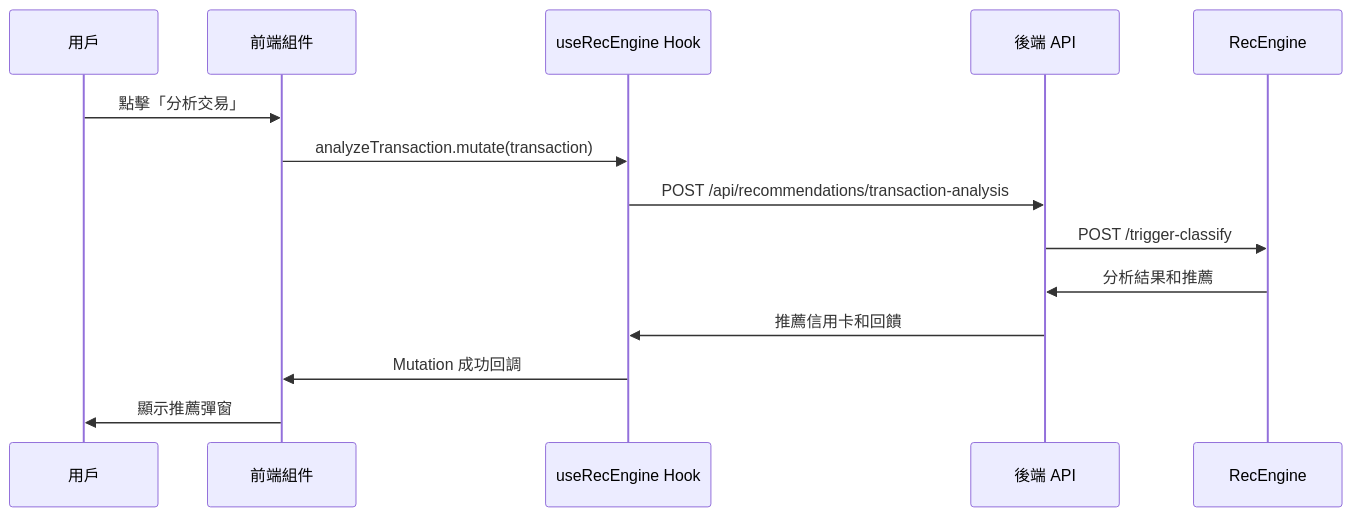
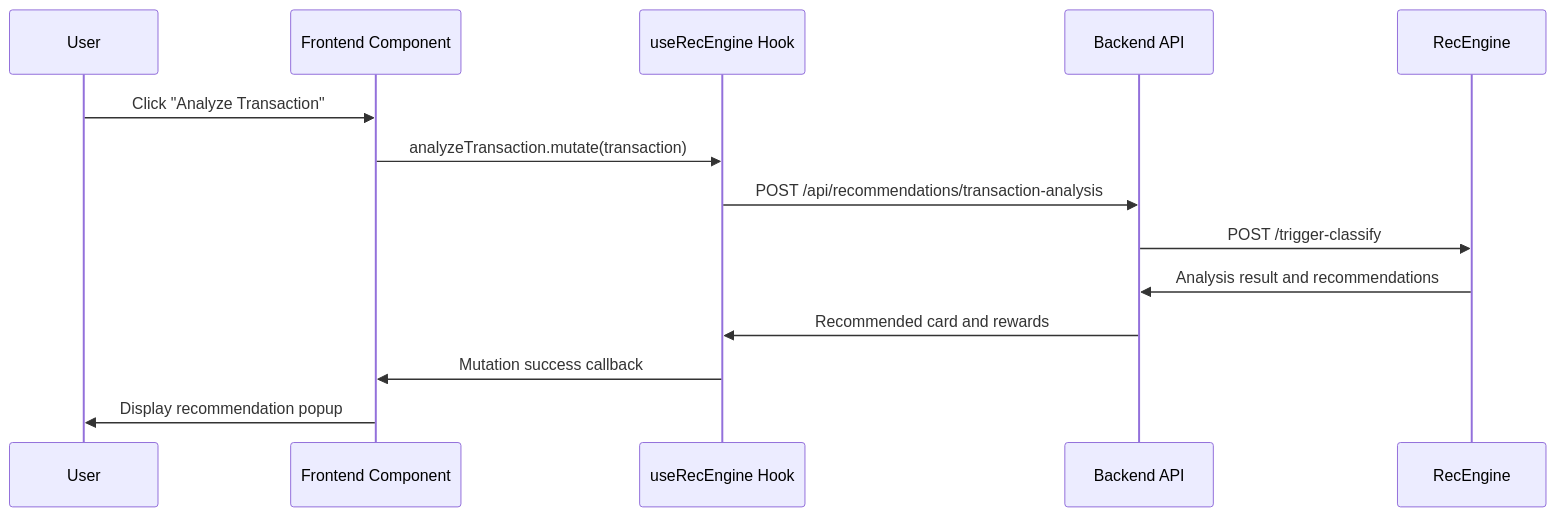
One commit to vincentc-aeq/CrediBot changed the second of 2 diagrams in FRONTEND_RECENGINE_VERIFICATION.md. Above: the diagram before and after it, drawn with Mermaid. The commit also changed other lines of this file and 11 other files, not shown here.

````diff
--- a/FRONTEND_RECENGINE_VERIFICATION.md
+++ b/FRONTEND_RECENGINE_VERIFICATION.md
@@ -116,17 +116,17 @@
 ```mermaid
 sequenceDiagram
-    participant U as 用戶
-    participant F as 前端組件
+    participant U as User
+    participant F as Frontend Component
     participant H as useRecEngine Hook
-    participant B as 後端 API
+    participant B as Backend API
     participant R as RecEngine
     
-    U->>F: 點擊「分析交易」
+    U->>F: Click "Analyze Transaction"
     F->>H: analyzeTransaction.mutate(transaction)
     H->>B: POST /api/recommendations/transaction-analysis
     B->>R: POST /trigger-classify
-    R->>B: 分析結果和推薦
-    B->>H: 推薦信用卡和回饋
-    H->>F: Mutation 成功回調
-    F->>U: 顯示推薦彈窗
+    R->>B: Analysis result and recommendations
+    B->>H: Recommended card and rewards
+    H->>F: Mutation success callback
+    F->>U: Display recommendation popup
 ```
````
